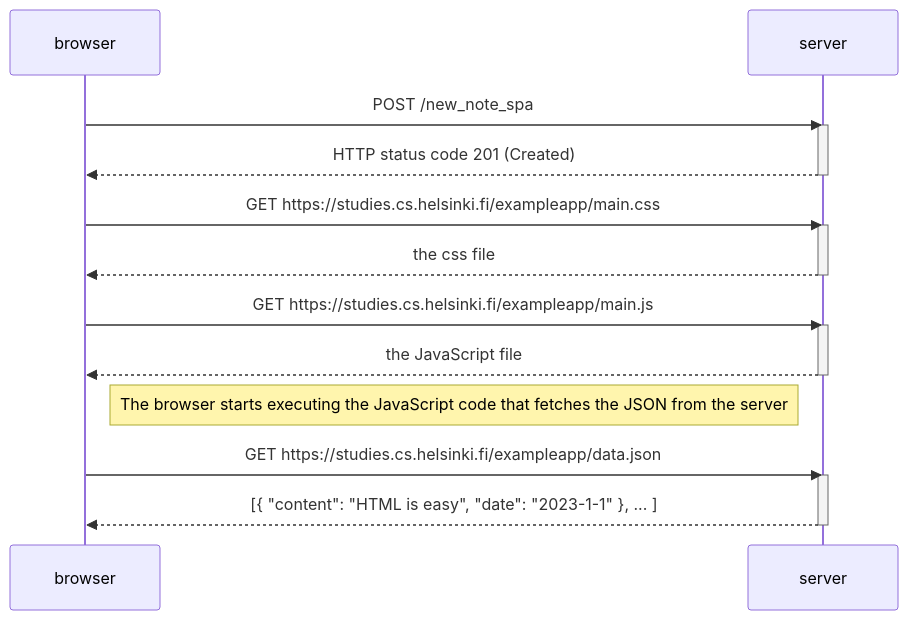
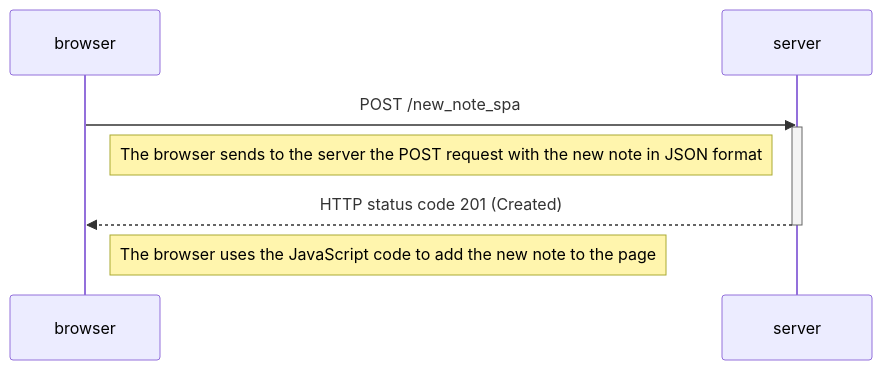
Before and after one commit to daniellandsman1/full-stack-open: the diagram in part0/exercise-0.6.md, drawn with Mermaid. The commit also changed other lines of this file, not shown here.

````diff
--- a/part0/exercise-0.6.md
+++ b/part0/exercise-0.6.md
@@ -1,27 +1,15 @@
 ```mermaid
 sequenceDiagram
     participant browser
     participant server
 
     browser->>server: POST /new_note_spa
     activate server
+
+    Note right of browser: The browser sends to the server the POST request with the new note in JSON format
+
     server-->>browser: HTTP status code 201 (Created)
     deactivate server
 
-    browser->>server: GET https://studies.cs.helsinki.fi/exampleapp/main.css
-    activate server
-    server-->>browser: the css file
-    deactivate server
-
-    browser->>server: GET https://studies.cs.helsinki.fi/exampleapp/main.js
-    activate server
-    server-->>browser: the JavaScript file
-    deactivate server
-
-    Note right of browser: The browser starts executing the JavaScript code that fetches the JSON from the server
-
-    browser->>server: GET https://studies.cs.helsinki.fi/exampleapp/data.json
-    activate server
-    server-->>browser: [{ "content": "HTML is easy", "date": "2023-1-1" }, ... ]
-    deactivate server
+    Note right of browser: The browser uses the JavaScript code to add the new note to the page
 ```
````
